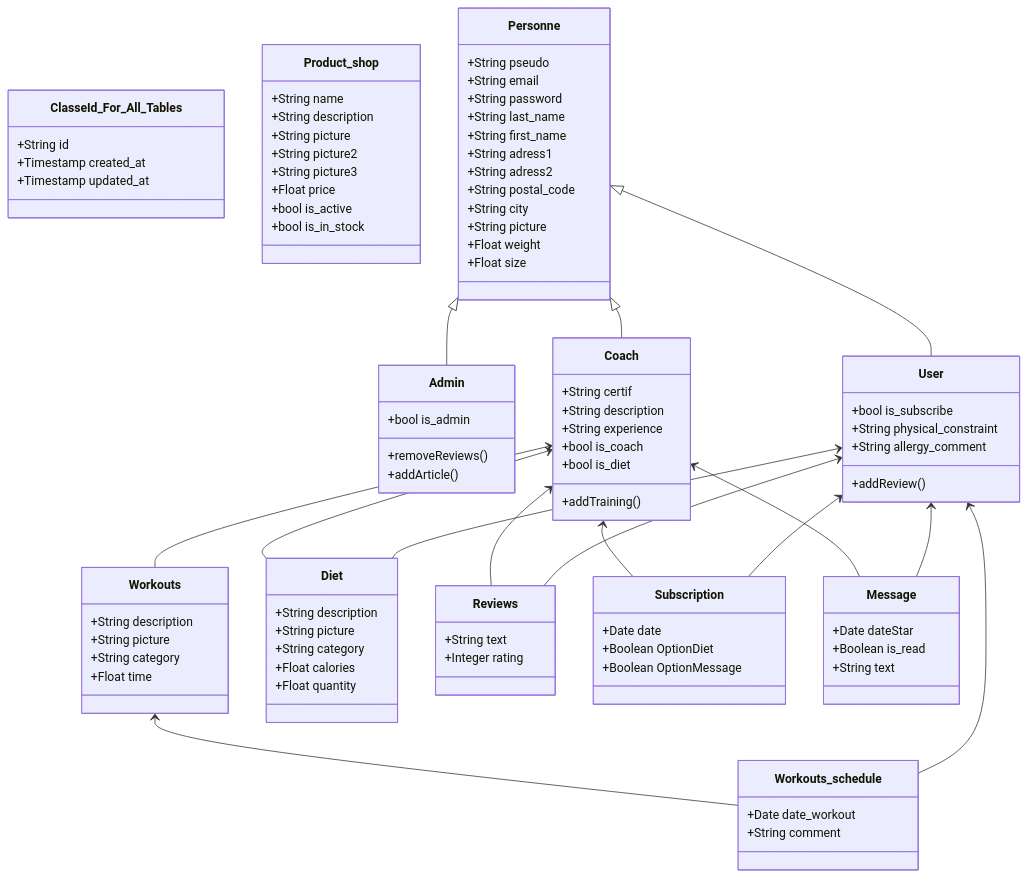
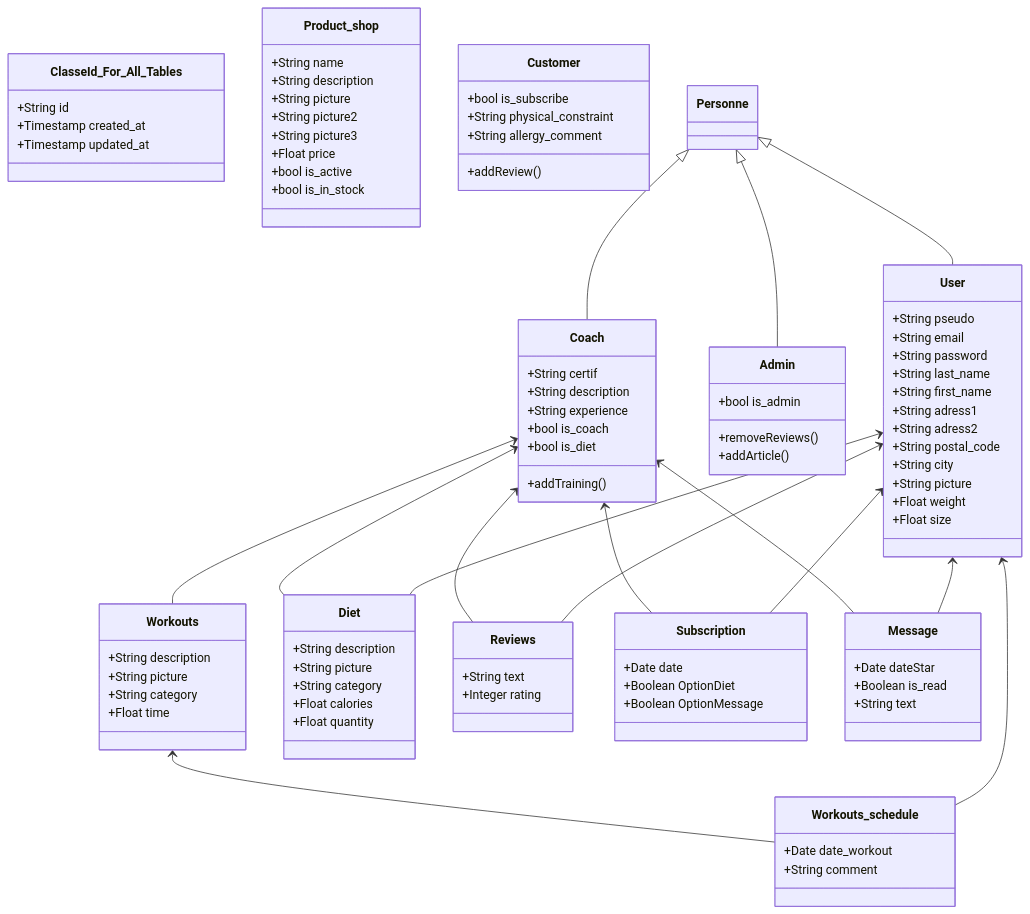
Before and after one commit to Genia888/FitnessHub: the diagram in Documentation/(Stage 3) Technical Documentation.md, drawn with Mermaid.

Commit message:
Edit change and add customer name than user

```diff
--- a/Documentation/(Stage 3) Technical Documentation.md
+++ b/Documentation/(Stage 3) Technical Documentation.md
@@ -106,7 +106,7 @@
 	    +bool is_in_stock
     }
 
-    class Personne {
+    class User {
       +String pseudo
       +String email
       +String password
@@ -147,7 +147,7 @@
       +addArticle()
     }
 
-    class User {
+    class Customer {
 	    +bool is_subscribe
       +String physical_constraint
       +String allergy_comment
```
